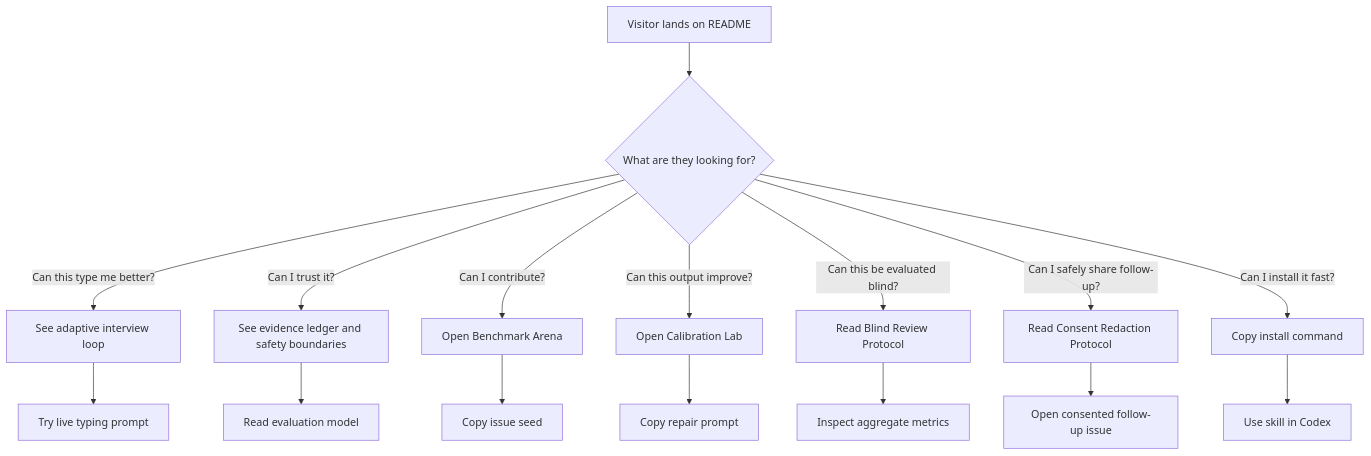
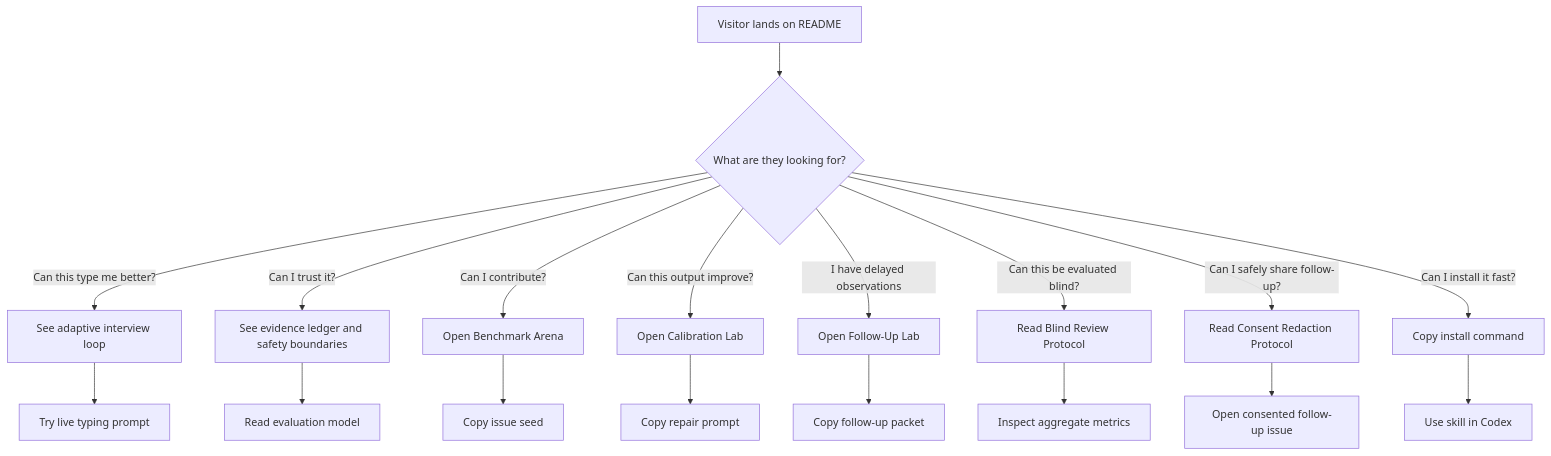
The diagram in docs/github-ux.md (Zaoqu-Liu/mbti-typing-skill), drawn with Mermaid before and after one commit. The commit also changed other lines of this file and 17 other files, not shown here.

Commit message:
Add follow-up lab packet builder

````diff
--- a/docs/github-ux.md
+++ b/docs/github-ux.md
@@ -34,18 +35,20 @@
 ```mermaid
 flowchart TD
     A[Visitor lands on README] --> B{What are they looking for?}
     B -->|Can this type me better?| C[See adaptive interview loop]
     B -->|Can I trust it?| D[See evidence ledger and safety boundaries]
     B -->|Can I contribute?| E[Open Benchmark Arena]
     B -->|Can this output improve?| K[Open Calibration Lab]
+    B -->|I have delayed observations| Q[Open Follow-Up Lab]
     B -->|Can this be evaluated blind?| M[Read Blind Review Protocol]
     B -->|Can I safely share follow-up?| O[Read Consent Redaction Protocol]
     B -->|Can I install it fast?| F[Copy install command]
     C --> G[Try live typing prompt]
     D --> H[Read evaluation model]
     E --> I[Copy issue seed]
     K --> L[Copy repair prompt]
+    Q --> R[Copy follow-up packet]
     M --> N[Inspect aggregate metrics]
     O --> P[Open consented follow-up issue]
     F --> J[Use skill in Codex]
 ```
````
